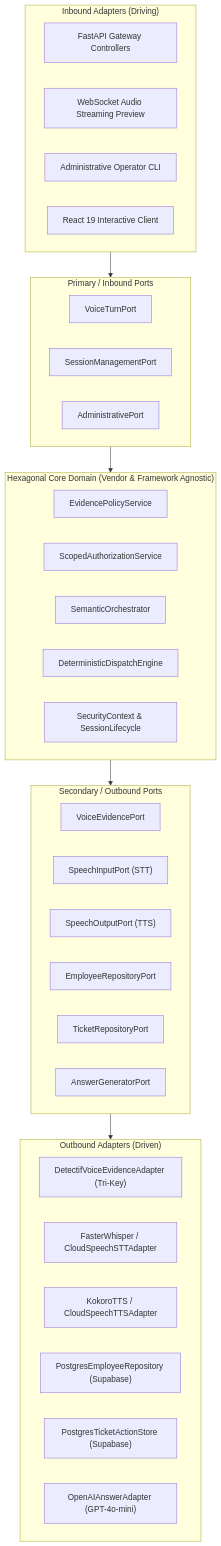
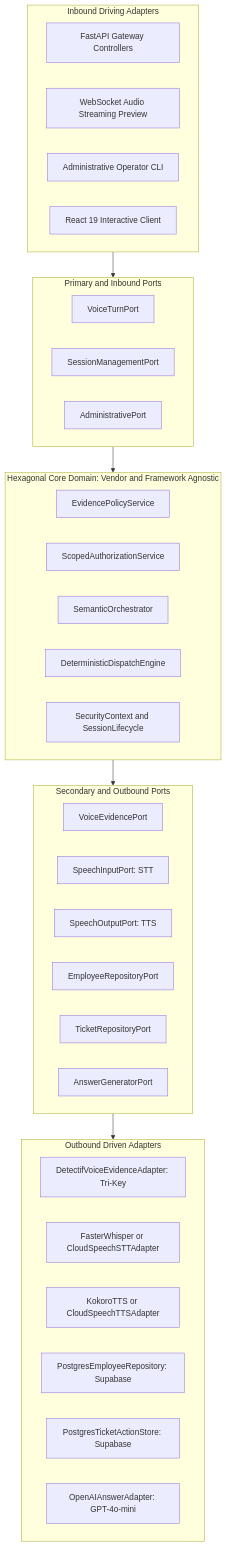
Before and after one commit to sharancode3/Intentlock: the eighth of 9 diagrams in README.md, drawn with Mermaid. The commit also changed other lines of this file, not shown here.

Commit message:
fix(docs): resolve GitHub Mermaid parsing errors across all diagram specifications

````diff
--- a/README.md
+++ b/README.md
@@ -462,46 +462,46 @@
 ```mermaid
 flowchart TD
-    subgraph CoreDomain ["Hexagonal Core Domain (Vendor & Framework Agnostic)"]
+    subgraph CoreDomain ["Hexagonal Core Domain: Vendor and Framework Agnostic"]
         EVID_SVC["EvidencePolicyService"]
         SCOPED_AUTH["ScopedAuthorizationService"]
         SEM_ORCH["SemanticOrchestrator"]
         DET_DISPATCH["DeterministicDispatchEngine"]
-        SEC_CTX["SecurityContext & SessionLifecycle"]
+        SEC_CTX["SecurityContext and SessionLifecycle"]
     end
 
-    subgraph InboundPorts ["Primary / Inbound Ports"]
+    subgraph InboundPorts ["Primary and Inbound Ports"]
         P_TURN["VoiceTurnPort"]
         P_SESS["SessionManagementPort"]
         P_ADMIN["AdministrativePort"]
     end
 
-    subgraph OutboundPorts ["Secondary / Outbound Ports"]
+    subgraph OutboundPorts ["Secondary and Outbound Ports"]
         P_EVID["VoiceEvidencePort"]
-        P_STT["SpeechInputPort (STT)"]
-        P_TTS["SpeechOutputPort (TTS)"]
+        P_STT["SpeechInputPort: STT"]
+        P_TTS["SpeechOutputPort: TTS"]
         P_EMP["EmployeeRepositoryPort"]
         P_TKT["TicketRepositoryPort"]
         P_LLM["AnswerGeneratorPort"]
     end
 
-    subgraph InboundAdapters ["Inbound Adapters (Driving)"]
+    subgraph InboundAdapters ["Inbound Driving Adapters"]
         A_REST["FastAPI Gateway Controllers"]
         A_WS["WebSocket Audio Streaming Preview"]
         A_CLI["Administrative Operator CLI"]
         A_UI["React 19 Interactive Client"]
     end
 
-    subgraph OutboundAdapters ["Outbound Adapters (Driven)"]
-        A_DET["DetectifVoiceEvidenceAdapter (Tri-Key)"]
-        A_STT["FasterWhisper / CloudSpeechSTTAdapter"]
-        A_TTS["KokoroTTS / CloudSpeechTTSAdapter"]
-        A_PG_EMP["PostgresEmployeeRepository (Supabase)"]
-        A_PG_TKT["PostgresTicketActionStore (Supabase)"]
-        A_LLM["OpenAIAnswerAdapter (GPT-4o-mini)"]
+    subgraph OutboundAdapters ["Outbound Driven Adapters"]
+        A_DET["DetectifVoiceEvidenceAdapter: Tri-Key"]
+        A_STT["FasterWhisper or CloudSpeechSTTAdapter"]
+        A_TTS["KokoroTTS or CloudSpeechTTSAdapter"]
+        A_PG_EMP["PostgresEmployeeRepository: Supabase"]
+        A_PG_TKT["PostgresTicketActionStore: Supabase"]
+        A_LLM["OpenAIAnswerAdapter: GPT-4o-mini"]
     end
 
     InboundAdapters --> InboundPorts
     InboundPorts --> CoreDomain
     CoreDomain --> OutboundPorts
     OutboundPorts --> OutboundAdapters
 ```
````
